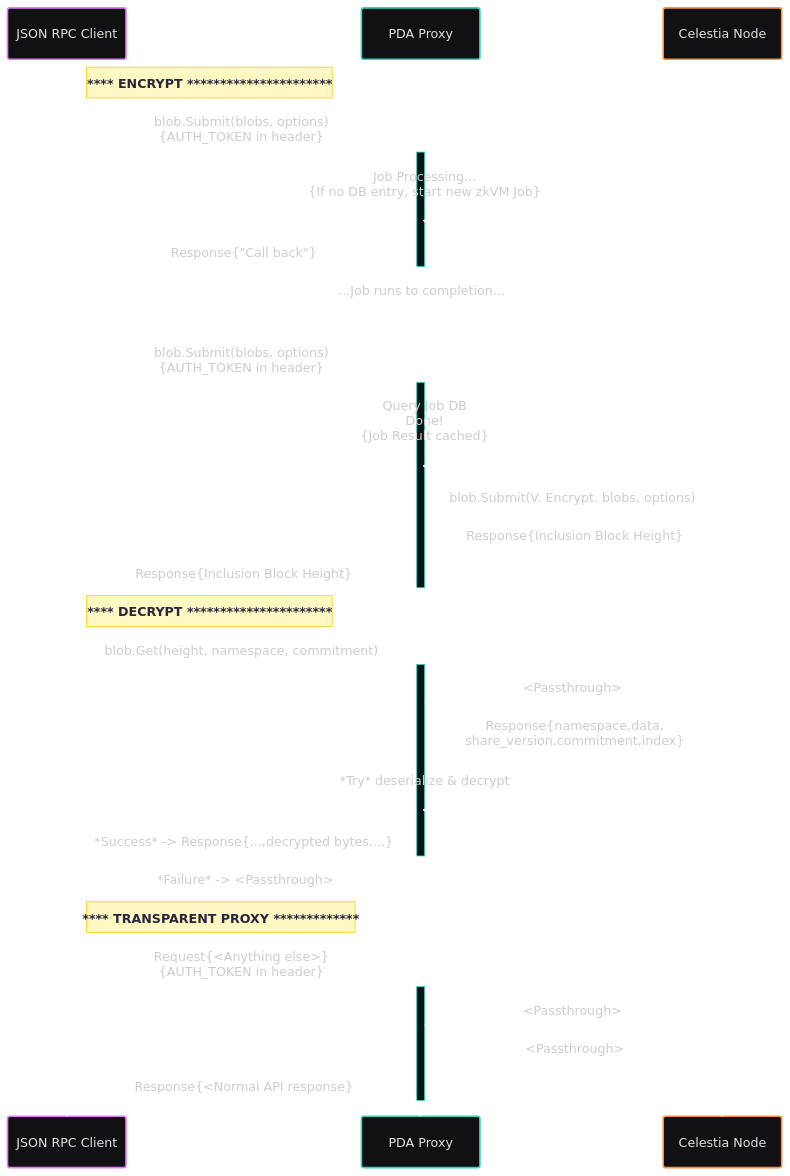
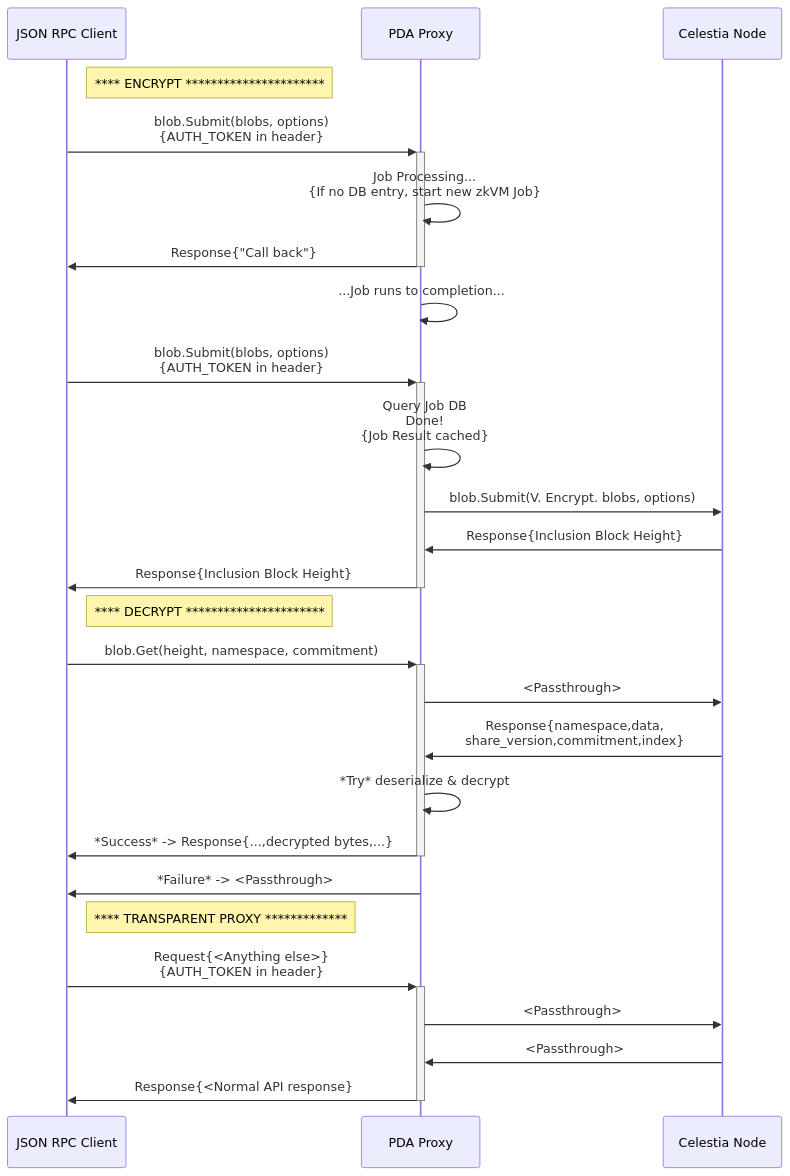
The diagram in README.md (nuke-web3/pda-proxy), drawn with Mermaid before and after one commit. The commit also changed other lines of this file and 1 other file, not shown here.

````diff
--- a/README.md
+++ b/README.md
@@ -46,36 +75,32 @@
 ```mermaid
----
-config:
-  theme: redux-dark-color
----
 sequenceDiagram
     participant JSON RPC Client
     participant PDA Proxy
     participant Celestia Node
     note right of JSON RPC Client: **** ENCRYPT **********************
     JSON RPC Client->>+PDA Proxy: blob.Submit(blobs, options)<br>{AUTH_TOKEN in header}
     PDA Proxy->>PDA Proxy: Job Processing...<br>{If no DB entry, start new zkVM Job}
     PDA Proxy->>-JSON RPC Client: Response{"Call back"}
     PDA Proxy->>PDA Proxy: ...Job runs to completion...
     JSON RPC Client->>+PDA Proxy:  blob.Submit(blobs, options)<br>{AUTH_TOKEN in header}
     PDA Proxy->>PDA Proxy: Query Job DB<br>Done!<br>{Job Result cached}
     PDA Proxy->>Celestia Node: blob.Submit(V. Encrypt. blobs, options)
     Celestia Node->>PDA Proxy: Response{Inclusion Block Height}
     PDA Proxy->>-JSON RPC Client: Response{Inclusion Block Height}
 
     note right of JSON RPC Client: **** DECRYPT **********************
 
     JSON RPC Client->>+PDA Proxy: blob.Get(height, namespace, commitment)
     PDA Proxy->>Celestia Node: <Passthrough>
     Celestia Node->>PDA Proxy: Response{namespace,data,<br>share_version,commitment,index}
     PDA Proxy->>PDA Proxy: *Try* deserialize & decrypt
     PDA Proxy->>-JSON RPC Client: *Success* -> Response{...,decrypted bytes,...}
     PDA Proxy->>JSON RPC Client: *Failure* -> <Passthrough>
 
     note right of JSON RPC Client: **** TRANSPARENT PROXY *************
 
     JSON RPC Client->>+PDA Proxy: Request{<Anything else>}<br>{AUTH_TOKEN in header}
     PDA Proxy->>Celestia Node: <Passthrough>
     Celestia Node->>PDA Proxy: <Passthrough>
     PDA Proxy->>-JSON RPC Client: Response{<Normal API response}
 ```
````
